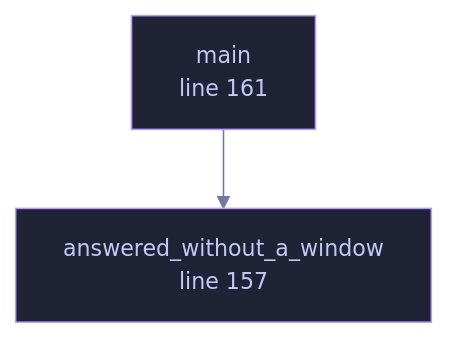
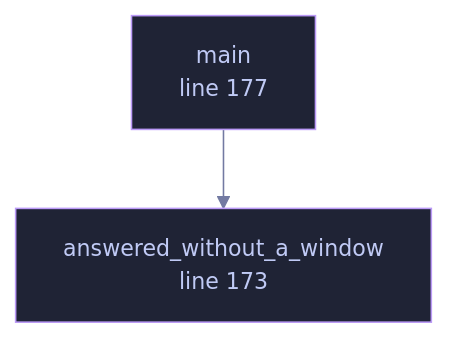
Before and after one commit to tilas01/veilvoice: the diagram in docs/files/veilvoice-gui/main.md, drawn with Mermaid. The commit also changed other lines of this file and 121 other files, not shown here.

````diff
--- a/docs/files/veilvoice-gui/main.md
+++ b/docs/files/veilvoice-gui/main.md
@@ -89,13 +89,13 @@
 ```mermaid
 %%{init: {"theme":"base","themeVariables":{"background":"#1a1b26","primaryColor":"#1f2335","primaryTextColor":"#c0caf5","primaryBorderColor":"#7aa2f7","secondaryColor":"#16161e","tertiaryColor":"#16161e","lineColor":"#737aa2","textColor":"#c0caf5","mainBkg":"#1f2335","nodeBorder":"#7aa2f7","clusterBkg":"#16161e","clusterBorder":"#2f3549","fontFamily":"ui-monospace, SFMono-Regular, Consolas, monospace","fontSize":"14px"}}}%%
 flowchart TD
-    n_answered_without_a_window["answered_without_a_window<br/>line 116"]
-    n_answered_without_a_window["answered_without_a_window<br/>line 157"]
-    n_main["main<br/>line 161"]
+    n_answered_without_a_window["answered_without_a_window<br/>line 123"]
+    n_answered_without_a_window["answered_without_a_window<br/>line 173"]
+    n_main["main<br/>line 177"]
     n_main --> n_answered_without_a_window
-    click n_answered_without_a_window href "https://github.com/tilas01/veilvoice/blob/main/crates/veilvoice-gui/src/main.rs#L116" "open the source"
-    click n_answered_without_a_window href "https://github.com/tilas01/veilvoice/blob/main/crates/veilvoice-gui/src/main.rs#L157" "open the source"
-    click n_main href "https://github.com/tilas01/veilvoice/blob/main/crates/veilvoice-gui/src/main.rs#L161" "open the source"
+    click n_answered_without_a_window href "https://github.com/tilas01/veilvoice/blob/main/crates/veilvoice-gui/src/main.rs#L123" "open the source"
+    click n_answered_without_a_window href "https://github.com/tilas01/veilvoice/blob/main/crates/veilvoice-gui/src/main.rs#L173" "open the source"
+    click n_main href "https://github.com/tilas01/veilvoice/blob/main/crates/veilvoice-gui/src/main.rs#L177" "open the source"
     classDef helper fill:#1f2335,stroke:#bb9af7,color:#c0caf5
     class n_answered_without_a_window,n_answered_without_a_window,n_main helper
 ```
````
